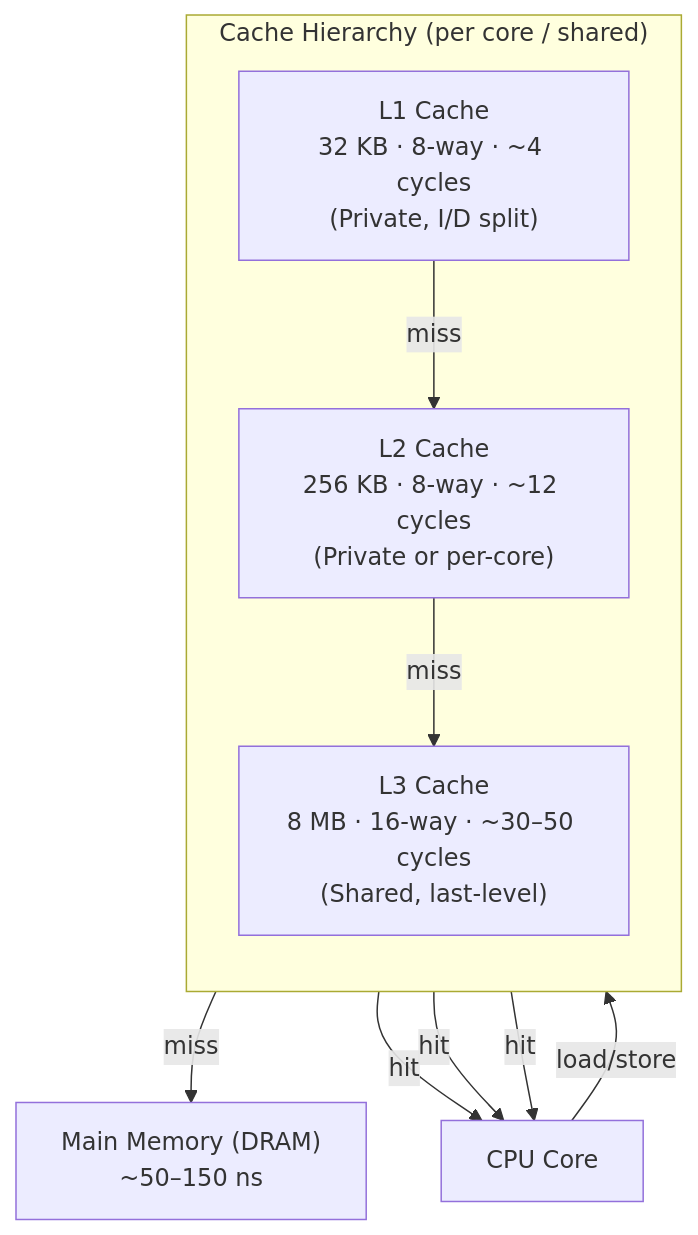
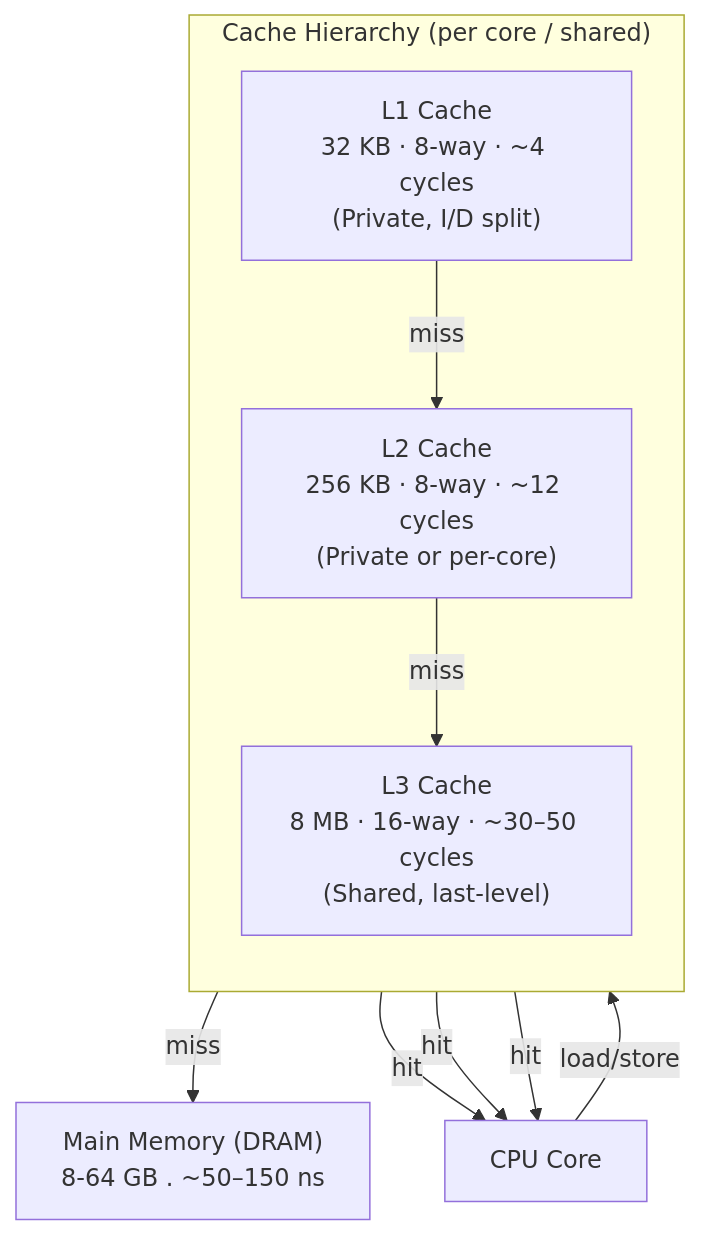
The first of 4 diagrams in Memory.md (asangvnit/sysprog-workshop), drawn with Mermaid before and after one commit.

Commit message:
Update Main Memory description with size range

````diff
--- a/Memory.md
+++ b/Memory.md
@@ -8,22 +8,22 @@
 ```mermaid
 graph TB
     CPU["CPU Core"]
 
     subgraph CACHES["Cache Hierarchy (per core / shared)"]
         direction TB
         L1["L1 Cache<br/>32 KB · 8-way · ~4 cycles<br/>(Private, I/D split)"]
         L2["L2 Cache<br/>256 KB · 8-way · ~12 cycles<br/>(Private or per-core)"]
         L3["L3 Cache<br/>8 MB · 16-way · ~30–50 cycles<br/>(Shared, last-level)"]
     end
 
-    MEM["Main Memory (DRAM)<br/>~50–150 ns"]
+    MEM["Main Memory (DRAM)<br/>8-64 GB . ~50–150 ns"]
 
     CPU -->|load/store| L1
     L1 -->|miss| L2
     L2 -->|miss| L3
     L3 -->|miss| MEM
 
     L1 -->|hit| CPU
     L2 -->|hit| CPU
     L3 -->|hit| CPU
 ```
````
